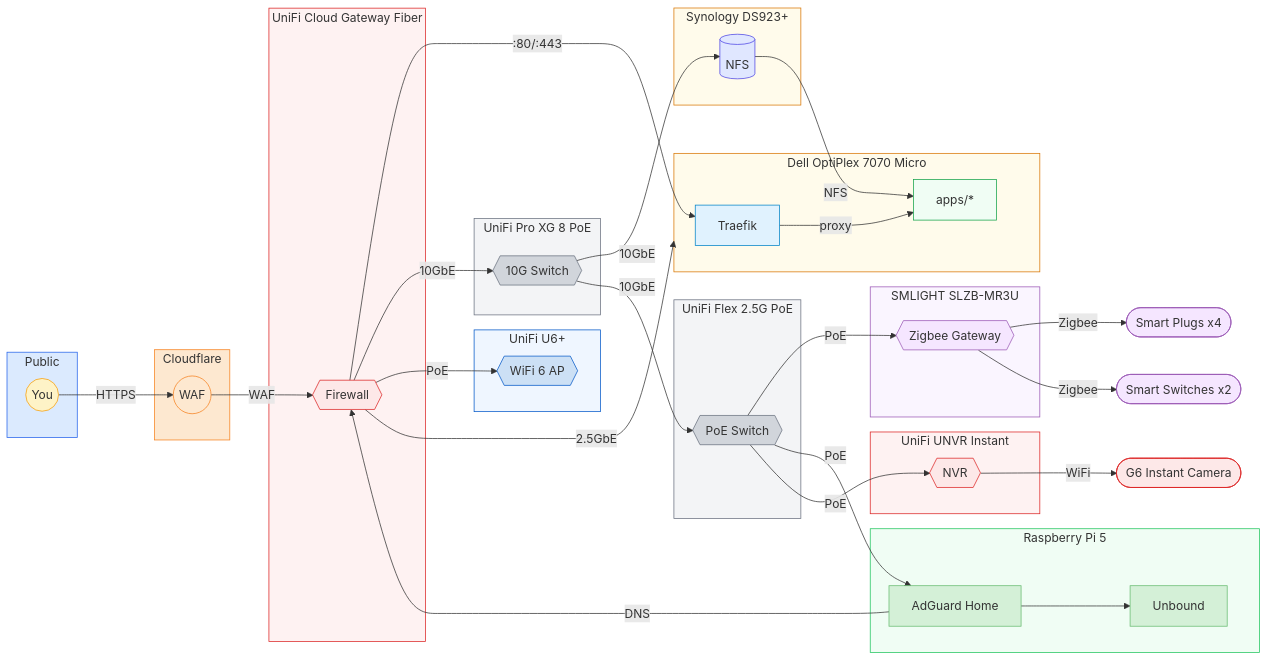
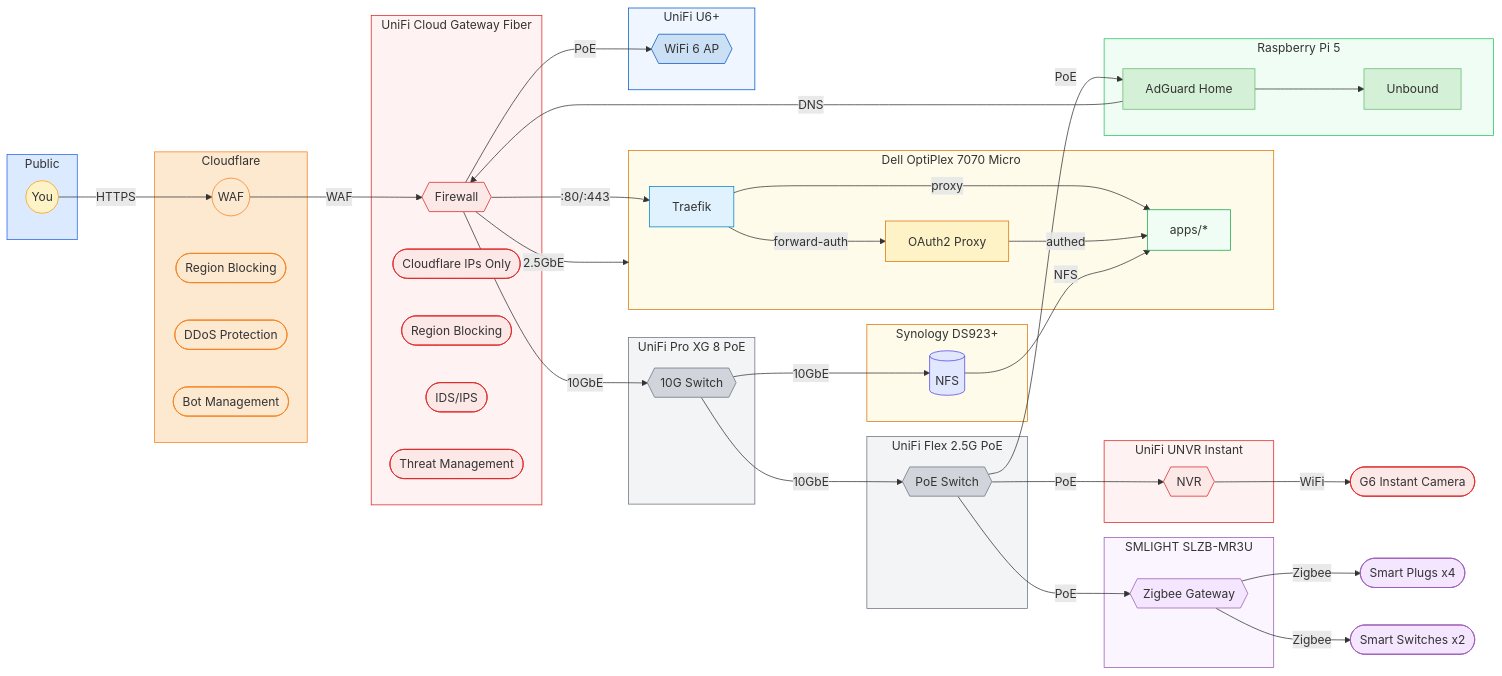
Before and after one commit to wajeht/home-ops: the diagram in README.md, drawn with Mermaid.

Commit message:
docs: update README with new diagram elements

```diff
--- a/README.md
+++ b/README.md
@@ -10,10 +10,17 @@
 
     subgraph cloudflare[Cloudflare]
         cf((WAF))
+        cf_region([Region Blocking])
+        cf_ddos([DDoS Protection])
+        cf_bot([Bot Management])
     end
 
     subgraph ucg[UniFi Cloud Gateway Fiber]
         unifi{{Firewall}}
+        ucg_cf([Cloudflare IPs Only])
+        ucg_region([Region Blocking])
+        ucg_ids([IDS/IPS])
+        ucg_threat([Threat Management])
     end
 
     subgraph uswproxg[UniFi Pro XG 8 PoE]
@@ -26,6 +33,7 @@
 
     subgraph k3s_node[Dell OptiPlex 7070 Micro]
         traefik[Traefik] -->|proxy| apps
+        traefik -->|forward-auth| oauth2_proxy[OAuth2 Proxy] -->|authed| apps
         apps["apps/*"]
     end
 
@@ -67,15 +75,23 @@
     style public fill:#dbeafe,stroke:#2563eb,color:#333
     style cloudflare fill:#fde8d0,stroke:#f6821f
     style cf fill:#fde8d0,stroke:#f6821f,color:#333
+    style cf_region fill:#fde8d0,stroke:#f6821f,color:#333
+    style cf_ddos fill:#fde8d0,stroke:#f6821f,color:#333
+    style cf_bot fill:#fde8d0,stroke:#f6821f,color:#333
     style you fill:#fef3c7,stroke:#f59e0b,color:#333
     style ucg fill:#fef2f2,stroke:#dc2626
     style unifi fill:#fde8e8,stroke:#dc2626,color:#333
+    style ucg_cf fill:#fde8e8,stroke:#dc2626,color:#333
+    style ucg_region fill:#fde8e8,stroke:#dc2626,color:#333
+    style ucg_ids fill:#fde8e8,stroke:#dc2626,color:#333
+    style ucg_threat fill:#fde8e8,stroke:#dc2626,color:#333
     style uswproxg fill:#f3f4f6,stroke:#6b7280
     style xg fill:#d1d5db,stroke:#6b7280,color:#333
     style uswflex fill:#f3f4f6,stroke:#6b7280
     style poe fill:#d1d5db,stroke:#6b7280,color:#333
     style k3s_node fill:#fffbeb,stroke:#d97706
     style traefik fill:#e0f2fe,stroke:#0284c7,color:#333
+    style oauth2_proxy fill:#fef3c7,stroke:#d97706,color:#333
     style apps fill:#f0fdf4,stroke:#16a34a,color:#333
     style nas fill:#fffbeb,stroke:#d97706
     style nfs fill:#e0e7ff,stroke:#4f46e5,color:#333
```
